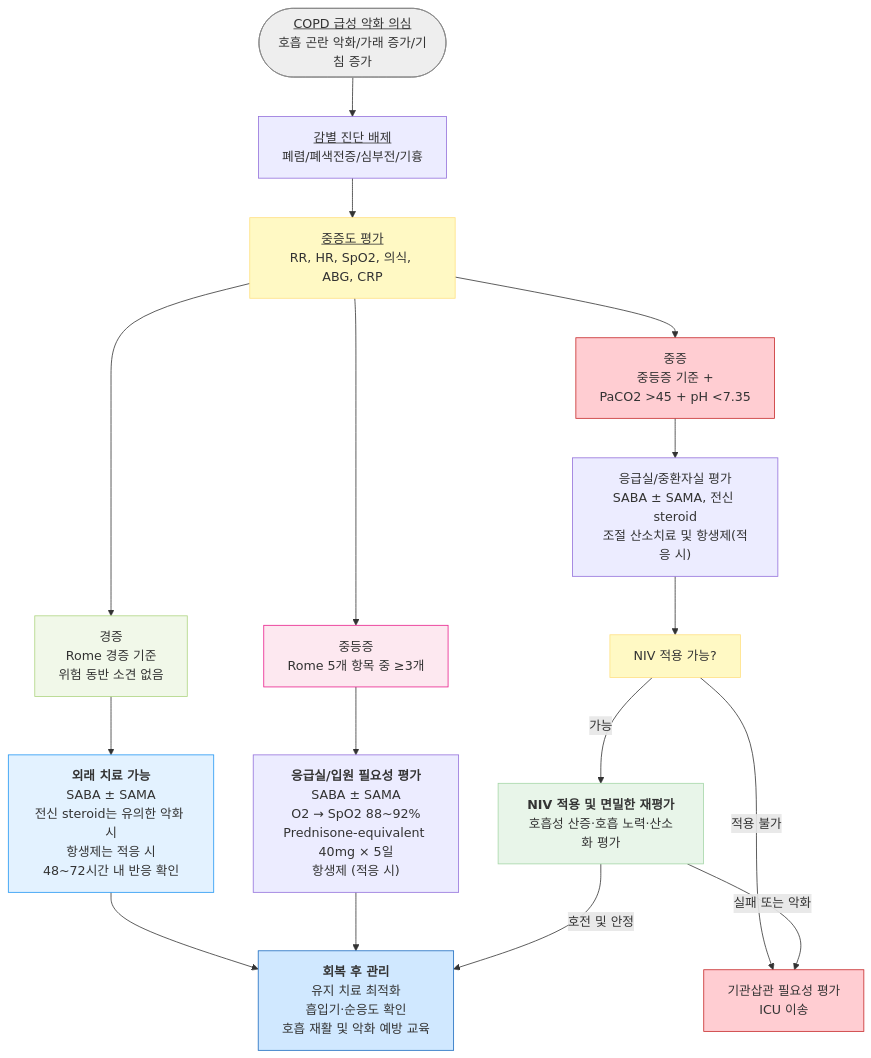
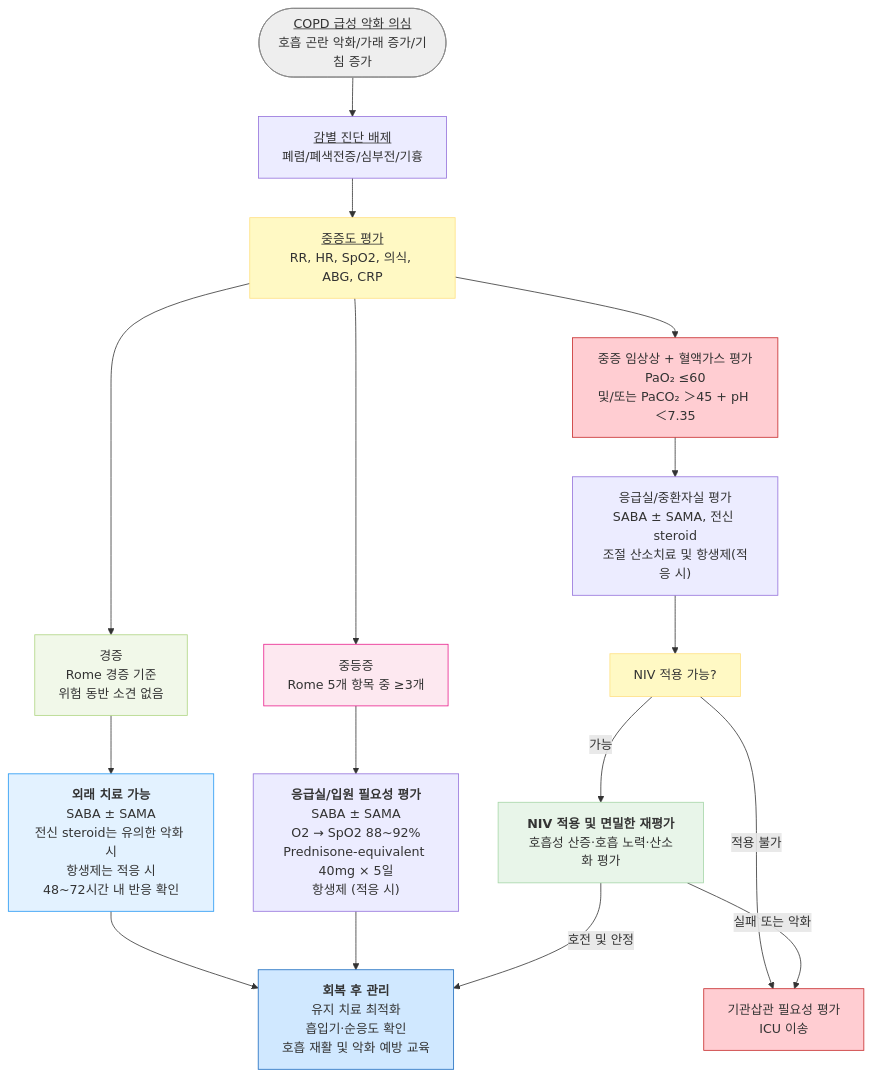
Before and after one commit to familyoh77/familyoh77: the third of 3 diagrams in 223_/072_-copd.md, drawn with Mermaid. The commit also changed other lines of this file and 1 other file, not shown here.

````diff
--- a/223_/072_-copd.md
+++ b/223_/072_-copd.md
@@ -583,36 +606,36 @@
 ```mermaid
 flowchart TD
     Start(["<u>COPD 급성 악화 의심</u><br/>호흡 곤란 악화/가래 증가/기침 증가"])
 
     Start --> Diff["<u>감별 진단 배제</u><br/>폐렴/폐색전증/심부전/기흉"]
     Diff --> Severity["<u>중증도 평가</u><br/>RR, HR, SpO2, 의식, ABG, CRP"]
 
     Severity --> Mild["경증<br/>Rome 경증 기준<br/>위험 동반 소견 없음"]
     Severity --> Moderate["중등증<br/>Rome 5개 항목 중 ≥3개"]
-    Severity --> Severe["중증<br/>중등증 기준 +<br/>PaCO2 &gt;45 + pH &lt;7.35"]
+    Severity --> Severe["중증 임상상 + 혈액가스 평가<br/>PaO₂ ≤60<br/>및/또는 PaCO₂ ＞45 + pH ＜7.35"]
 
     Mild --> OutTx["<b>외래 치료 가능</b><br/>SABA ± SAMA<br/>전신 steroid는 유의한 악화 시<br/>항생제는 적응 시<br/>48~72시간 내 반응 확인"]
 
     Moderate --> HospTx["<b>응급실/입원 필요성 평가</b><br/>SABA ± SAMA<br/>O2 → SpO2 88~92%<br/>Prednisone-equivalent 40mg × 5일<br/>항생제 (적응 시)"]
 
     Severe --> SevereTx["응급실/중환자실 평가<br/>SABA ± SAMA, 전신 steroid<br/>조절 산소치료 및 항생제(적응 시)"]
     SevereTx --> NIVcheck["NIV 적용 가능?"]
     NIVcheck -->|"가능"| NIV["<b>NIV 적용 및 면밀한 재평가</b><br/>호흡성 산증·호흡 노력·산소화 평가"]
     NIVcheck -->|"적용 불가"| Intubation["기관삽관 필요성 평가<br/>ICU 이송"]
     NIV -->|"실패 또는 악화"| Intubation
 
     OutTx --> Followup["<b>회복 후 관리</b><br/>유지 치료 최적화<br/>흡입기·순응도 확인<br/>호흡 재활 및 악화 예방 교육"]
     HospTx --> Followup
     NIV -->|"호전 및 안정"| Followup
 
     style Start fill:#eeeeee,stroke:#888888
     style Mild fill:#f1f8e9,stroke:#aed581
     style Moderate fill:#fde8f0,stroke:#e91e8c
     style NIV fill:#e8f5e9,stroke:#a5d6a7
 classDef yellow fill:#fff9c4,stroke:#ffe082    
 class Severity,NIVcheck yellow
 classDef red fill:#ffcdd2,stroke:#c62828
 class Severe,Intubation red
     style Followup fill:#d0e8ff,stroke:#1a6abf
     style OutTx fill:#e3f2ff,stroke:#2196f3
 ```
````
